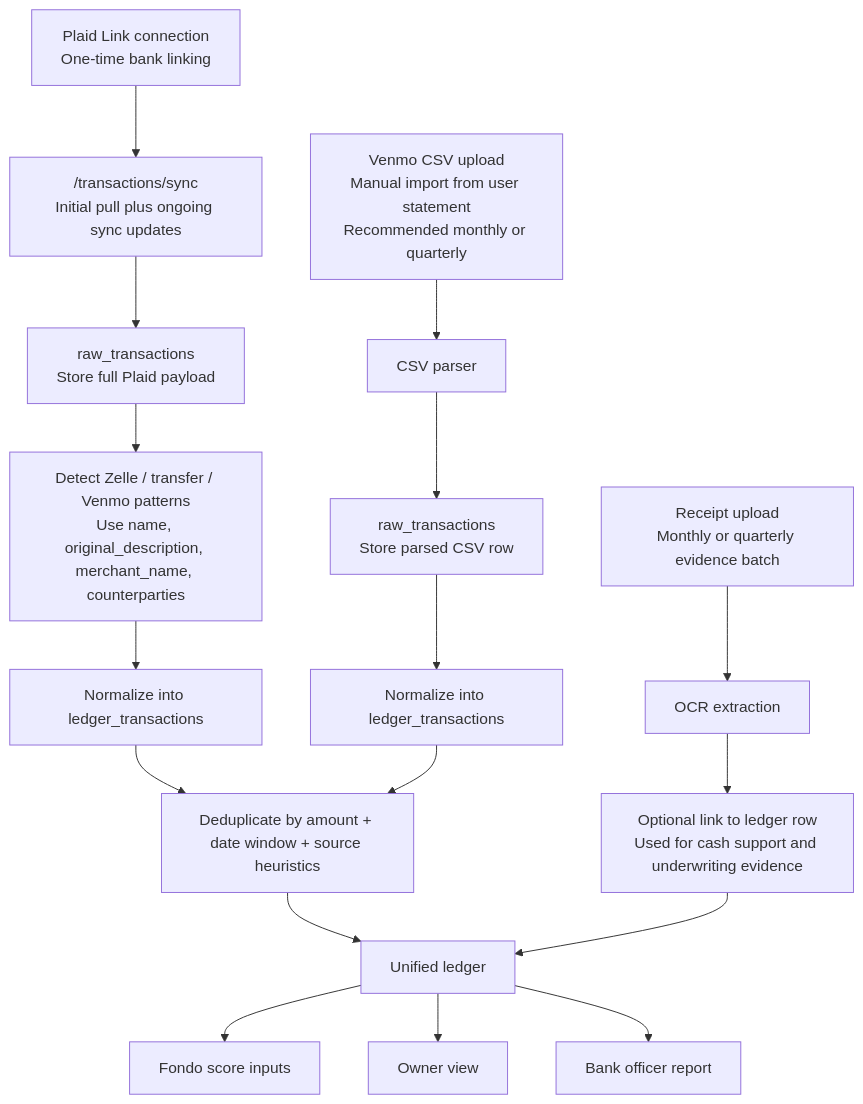
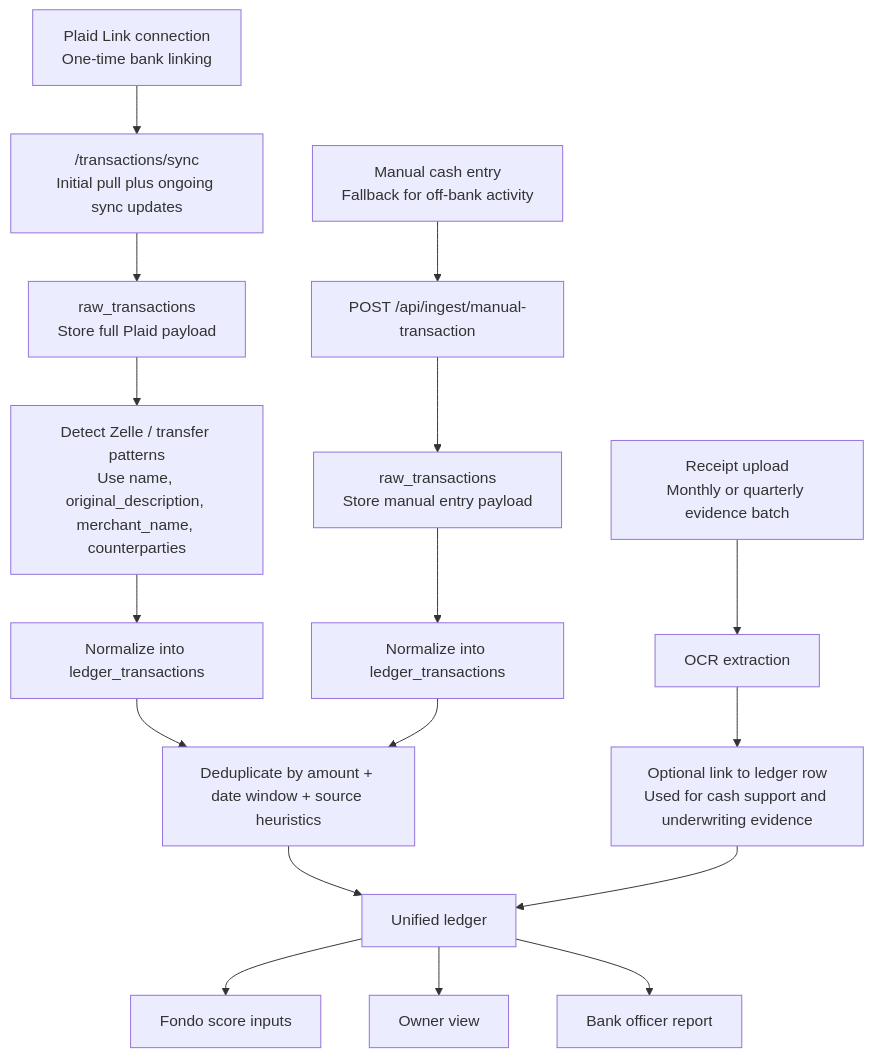
Before and after one commit to harsenyan3/Fundalo: the diagram in docs/ingestion-engine.md, drawn with Mermaid. The commit also changed other lines of this file and 4 other files, not shown here.

Commit message:
Remove Venmo CSV from ingestion design

````diff
--- a/docs/ingestion-engine.md
+++ b/docs/ingestion-engine.md
@@ -61,30 +58,29 @@
 ```mermaid
 flowchart TD
     A1["Plaid Link connection
 One-time bank linking"] --> A2["/transactions/sync
 Initial pull plus ongoing sync updates"]
     A2 --> A3["raw_transactions
 Store full Plaid payload"]
-    A3 --> A4["Detect Zelle / transfer / Venmo patterns
+    A3 --> A4["Detect Zelle / transfer patterns
 Use name, original_description, merchant_name, counterparties"]
     A4 --> A5["Normalize into ledger_transactions"]
 
-    B1["Venmo CSV upload
-Manual import from user statement
-Recommended monthly or quarterly"] --> B2["CSV parser"]
+    B1["Manual cash entry
+Fallback for off-bank activity"] --> B2["POST /api/ingest/manual-transaction"]
     B2 --> B3["raw_transactions
-Store parsed CSV row"]
+Store manual entry payload"]
     B3 --> B4["Normalize into ledger_transactions"]
 
     A5 --> C1["Deduplicate by amount + date window + source heuristics"]
     B4 --> C1
     C1 --> C2["Unified ledger"]
     E1["Receipt upload
 Monthly or quarterly evidence batch"] --> E2["OCR extraction"]
     E2 --> E3["Optional link to ledger row
 Used for cash support and underwriting evidence"]
     E3 --> C2
     C2 --> D1["Fondo score inputs"]
     C2 --> D2["Owner view"]
     C2 --> D3["Bank officer report"]
 ```
````
